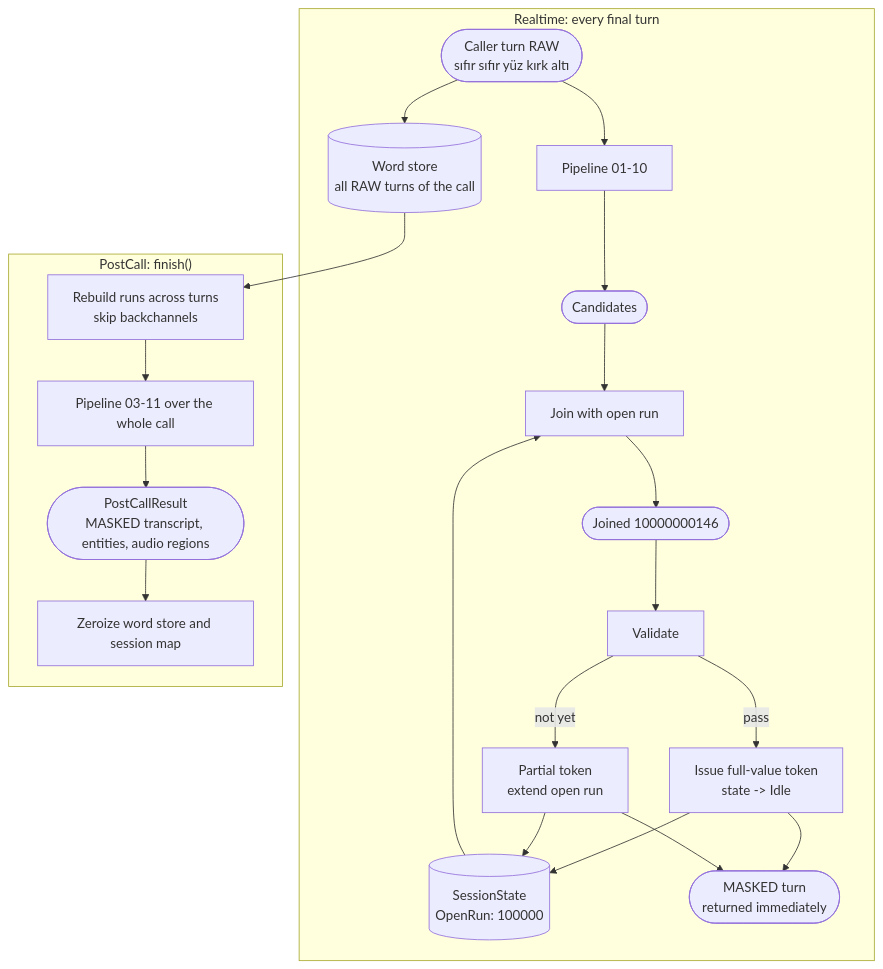
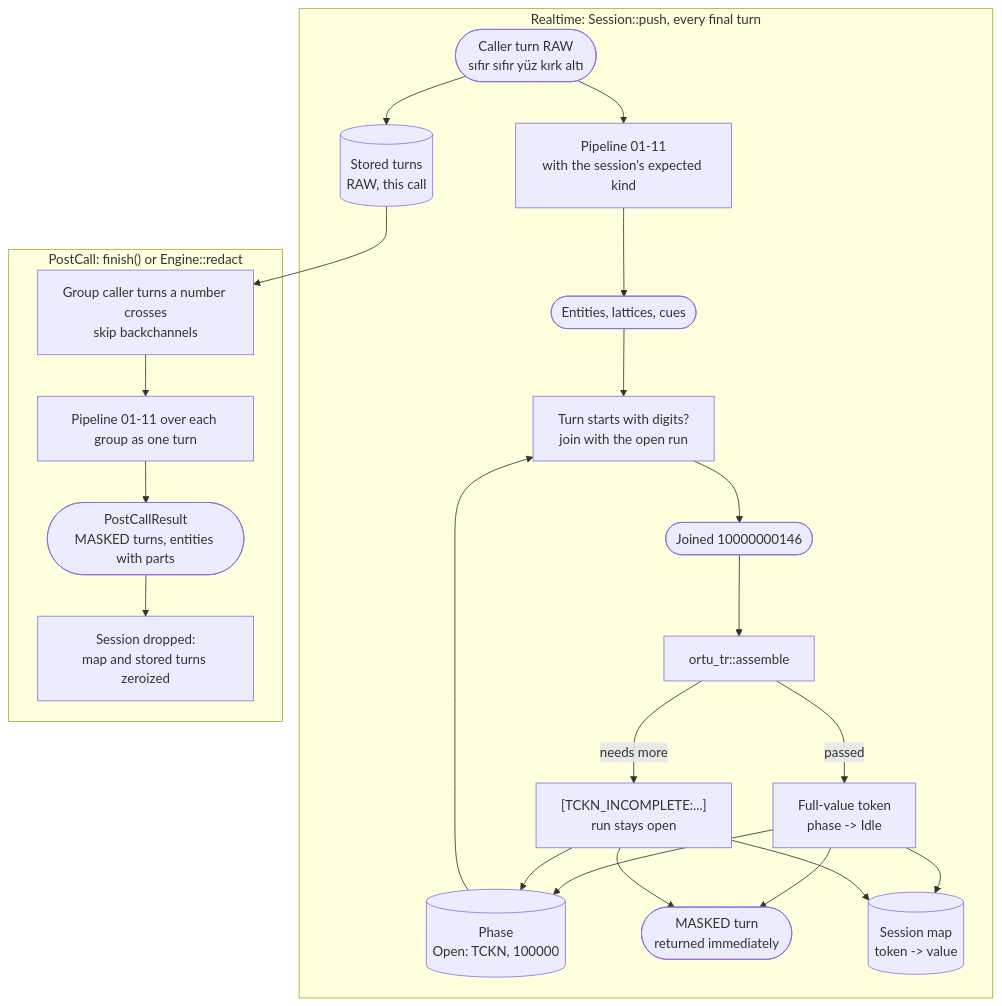
Before and after one commit to aral-by/ortu: the first of 2 diagrams in docs/algorithms/12-cross-turn-assembly.md, drawn with Mermaid. The commit also changed other lines of this file and 11 other files, not shown here.

````diff
--- a/docs/algorithms/12-cross-turn-assembly.md
+++ b/docs/algorithms/12-cross-turn-assembly.md
@@ -17,22 +17,23 @@
 ```mermaid
 flowchart TD
-    subgraph Realtime["Realtime: every final turn"]
-        TURN(["Caller turn RAW<br/>sıfır sıfır yüz kırk altı"]) --> R1["Pipeline 01-10"]
-        R1 --> RC(["Candidates"])
-        ST[("SessionState<br/>OpenRun: 100000")] --> R2["Join with open run"]
+    subgraph Realtime["Realtime: Session::push, every final turn"]
+        TURN(["Caller turn RAW<br/>sıfır sıfır yüz kırk altı"]) --> R1["Pipeline 01-11<br/>with the session's expected kind"]
+        R1 --> RC(["Entities, lattices, cues"])
+        ST[("Phase<br/>Open: TCKN, 100000")] --> R2["Turn starts with digits?<br/>join with the open run"]
         RC --> R2
         R2 --> J(["Joined 10000000146"])
-        J --> R3["Validate"]
-        R3 -->|"pass"| R4["Issue full-value token<br/>state -> Idle"]
-        R3 -->|"not yet"| R5["Partial token<br/>extend open run"]
+        J --> R3["ortu_tr::assemble"]
+        R3 -->|"passed"| R4["Full-value token<br/>phase -> Idle"]
+        R3 -->|"needs more"| R5["[TCKN_INCOMPLETE:...]<br/>run stays open"]
         R4 & R5 --> OUT(["MASKED turn<br/>returned immediately"])
         R4 & R5 --> ST
-        TURN --> WS[("Word store<br/>all RAW turns of the call")]
+        R4 & R5 --> MAP[("Session map<br/>token -> value")]
+        TURN --> WS[("Stored turns<br/>RAW, this call")]
     end
-    subgraph PostCall["PostCall: finish()"]
-        WS --> P1["Rebuild runs across turns<br/>skip backchannels"]
-        P1 --> P2["Pipeline 03-11 over the whole call"]
-        P2 --> PR(["PostCallResult<br/>MASKED transcript, entities, audio regions"])
-        PR --> Z["Zeroize word store and session map"]
+    subgraph PostCall["PostCall: finish() or Engine::redact"]
+        WS --> P1["Group caller turns a number crosses<br/>skip backchannels"]
+        P1 --> P2["Pipeline 01-11 over each group as one turn"]
+        P2 --> PR(["PostCallResult<br/>MASKED turns, entities with parts"])
+        PR --> Z["Session dropped:<br/>map and stored turns zeroized"]
     end
 ```
````
